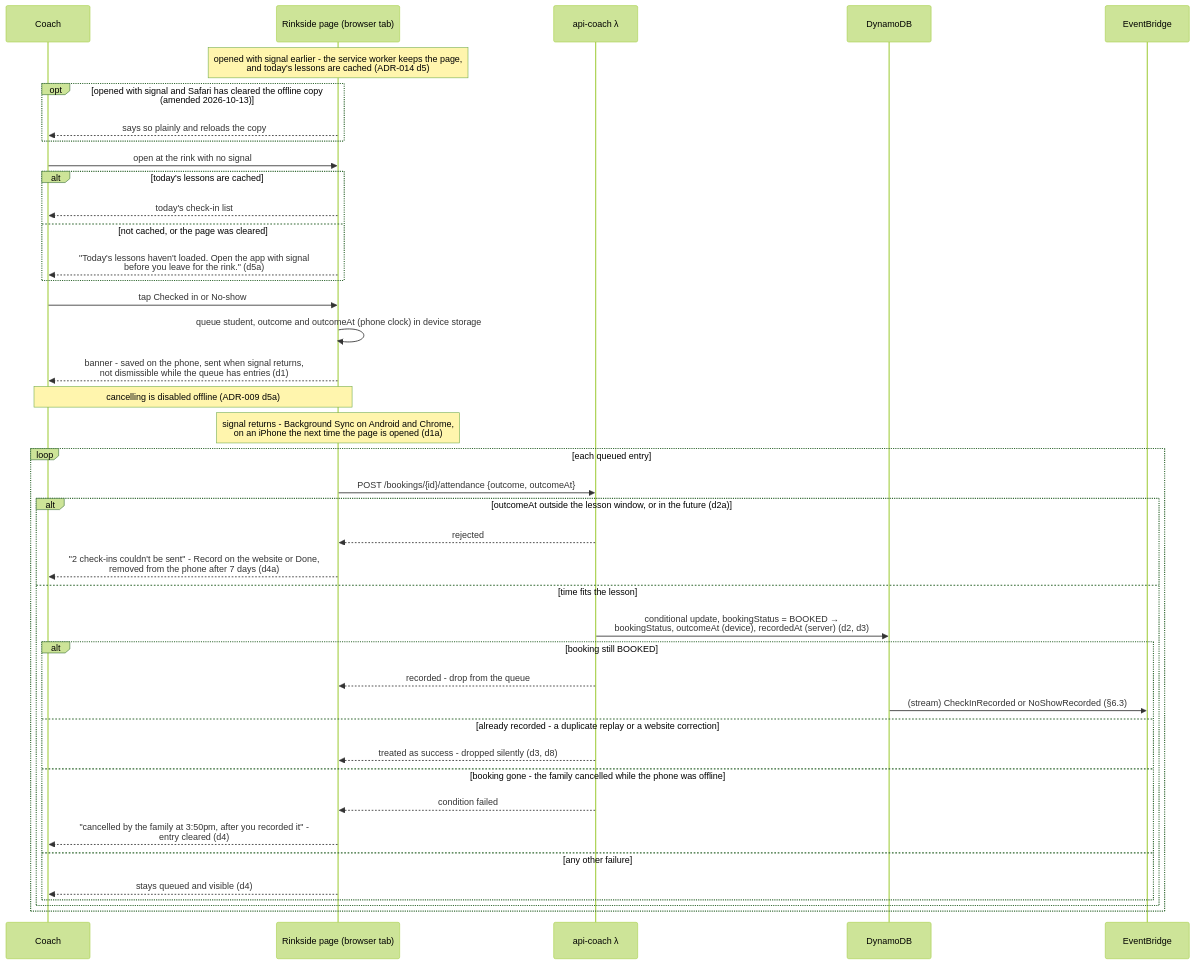
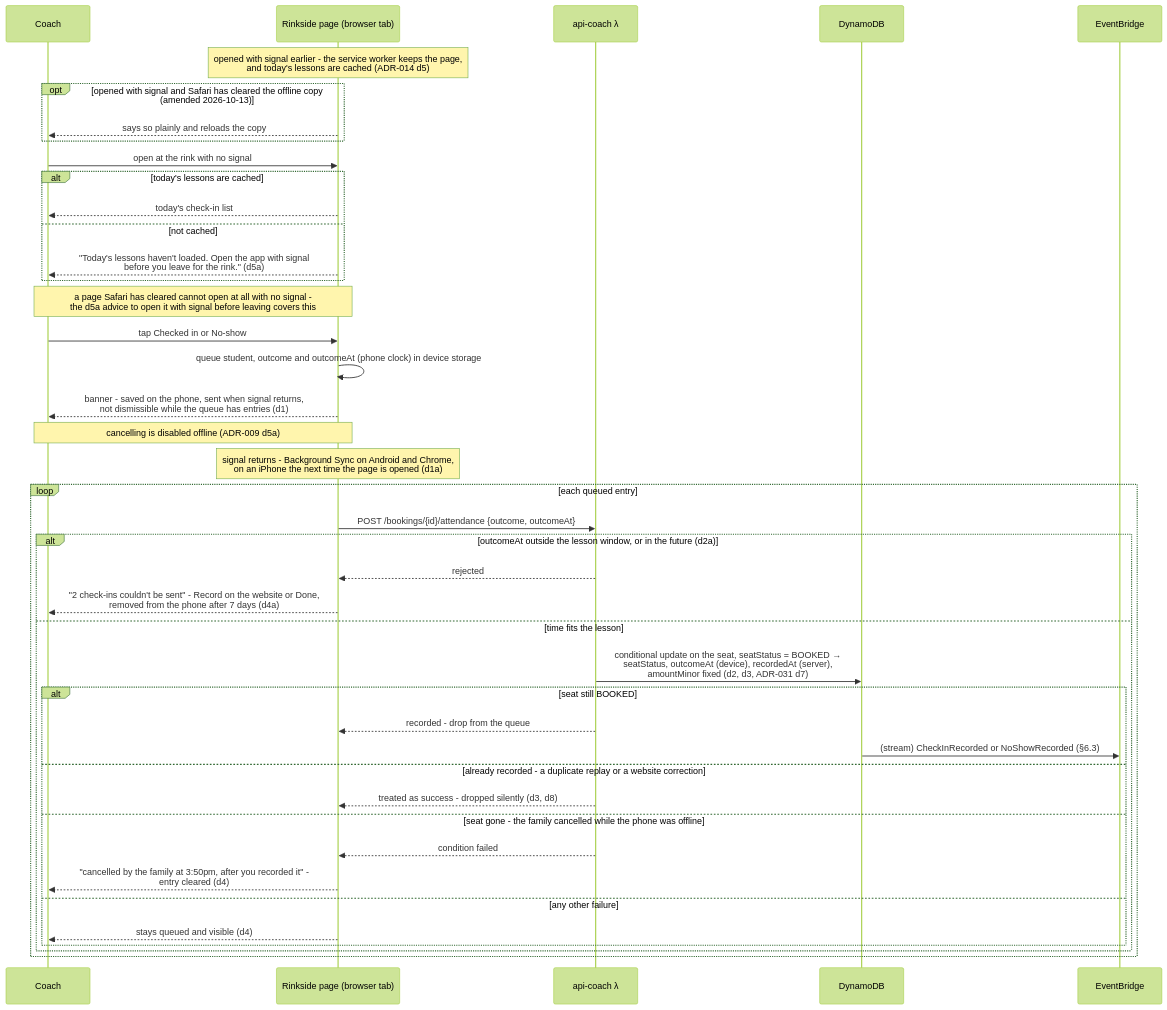
One commit to jessicamvega6/bladebook changed the eighth of 23 diagrams in docs/architecture.md. Above: the diagram before and after it, drawn with Mermaid (forest theme). The commit also changed other lines of this file and 26 other files, not shown here.

First line of the commit message:
Design doc updates: diagrams synced, shared-lesson and leave rules

````diff
--- a/docs/architecture.md
+++ b/docs/architecture.md
@@ -712,43 +908,44 @@
 ```mermaid
 sequenceDiagram
     participant C as Coach
     participant P as Rinkside page (browser tab)
     participant API as api-coach λ
     participant DB as DynamoDB
     participant Bus as EventBridge
     Note over P: opened with signal earlier - the service worker keeps the page,<br/>and today's lessons are cached (ADR-014 d5)
     opt opened with signal and Safari has cleared the offline copy (amended 2026-10-13)
         P-->>C: says so plainly and reloads the copy
     end
     C->>P: open at the rink with no signal
     alt today's lessons are cached
         P-->>C: today's check-in list
-    else not cached, or the page was cleared
+    else not cached
         P-->>C: "Today's lessons haven't loaded. Open the app with signal<br/>before you leave for the rink." (d5a)
     end
+    Note over C,P: a page Safari has cleared cannot open at all with no signal -<br/>the d5a advice to open it with signal before leaving covers this
     C->>P: tap Checked in or No-show
     P->>P: queue student, outcome and outcomeAt (phone clock) in device storage
     P-->>C: banner - saved on the phone, sent when signal returns,<br/>not dismissible while the queue has entries (d1)
     Note over C,P: cancelling is disabled offline (ADR-009 d5a)
     Note over P: signal returns - Background Sync on Android and Chrome,<br/>on an iPhone the next time the page is opened (d1a)
     loop each queued entry
         P->>API: POST /bookings/{id}/attendance {outcome, outcomeAt}
         alt outcomeAt outside the lesson window, or in the future (d2a)
             API-->>P: rejected
             P-->>C: "2 check-ins couldn't be sent" - Record on the website or Done,<br/>removed from the phone after 7 days (d4a)
         else time fits the lesson
-            API->>DB: conditional update, bookingStatus = BOOKED →<br/>bookingStatus, outcomeAt (device), recordedAt (server) (d2, d3)
-            alt booking still BOOKED
+            API->>DB: conditional update on the seat, seatStatus = BOOKED →<br/>seatStatus, outcomeAt (device), recordedAt (server),<br/>amountMinor fixed (d2, d3, ADR-031 d7)
+            alt seat still BOOKED
                 API-->>P: recorded - drop from the queue
                 DB->>Bus: (stream) CheckInRecorded or NoShowRecorded (§6.3)
             else already recorded - a duplicate replay or a website correction
                 API-->>P: treated as success - dropped silently (d3, d8)
-            else booking gone - the family cancelled while the phone was offline
+            else seat gone - the family cancelled while the phone was offline
                 API-->>P: condition failed
                 P-->>C: "cancelled by the family at 3:50pm, after you recorded it" -<br/>entry cleared (d4)
             else any other failure
                 P-->>C: stays queued and visible (d4)
             end
         end
     end
 ```
````
